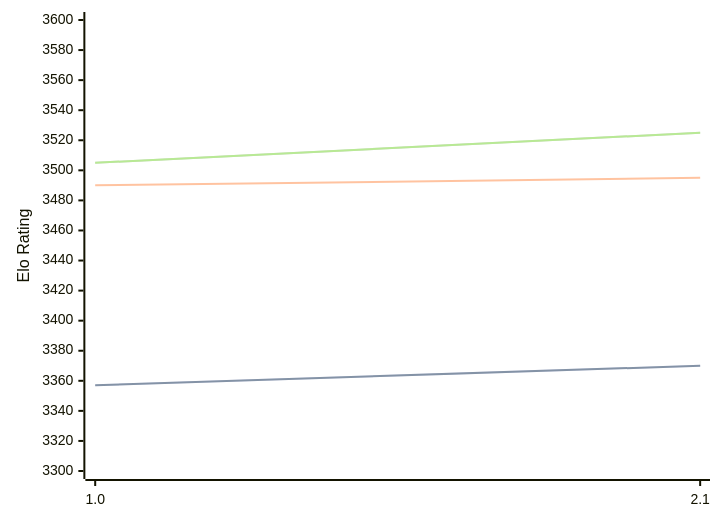
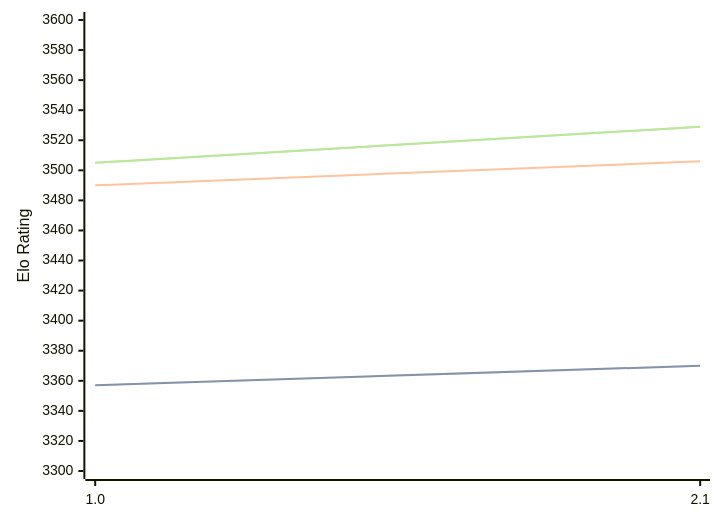
One commit to computer-chess-index/cci changed the first of 3 diagrams in engines/Hobbes.md. Above: the diagram before and after it, drawn with Mermaid. The commit also changed other lines of this file, not shown here.

Commit message:
Update CCI Ratings (ELO VLTC) - 2026-06-26

````diff
--- a/engines/Hobbes.md
+++ b/engines/Hobbes.md
@@ -33,11 +33,11 @@
 ```mermaid
 %%{init: {"theme":"base","themeVariables":{"seriesColors:['#a3a3a3','#222221','#faa371']}}}%%
 xychart-beta
   x-axis ["1.0", "2.1"]
   y-axis "Elo Rating" 3300 --> 3600
   line "STC (8.0+0.08s)" [3357, 3370]
   line "STC (8.0+0.08s)" [3357, 3370]
-  line "LTC (60.0+0.60s)" [3490, 3495]
-  line "VLTC (2m24s+1.12s)" [3505, 3525]
-  line "VLTC (2m24s+1.12s)" [3505, 3525]
+  line "LTC (60.0+0.60s)" [3490, 3506]
+  line "VLTC (2m24s+1.12s)" [3505, 3529]
+  line "VLTC (2m24s+1.12s)" [3505, 3529]
 ```
````
